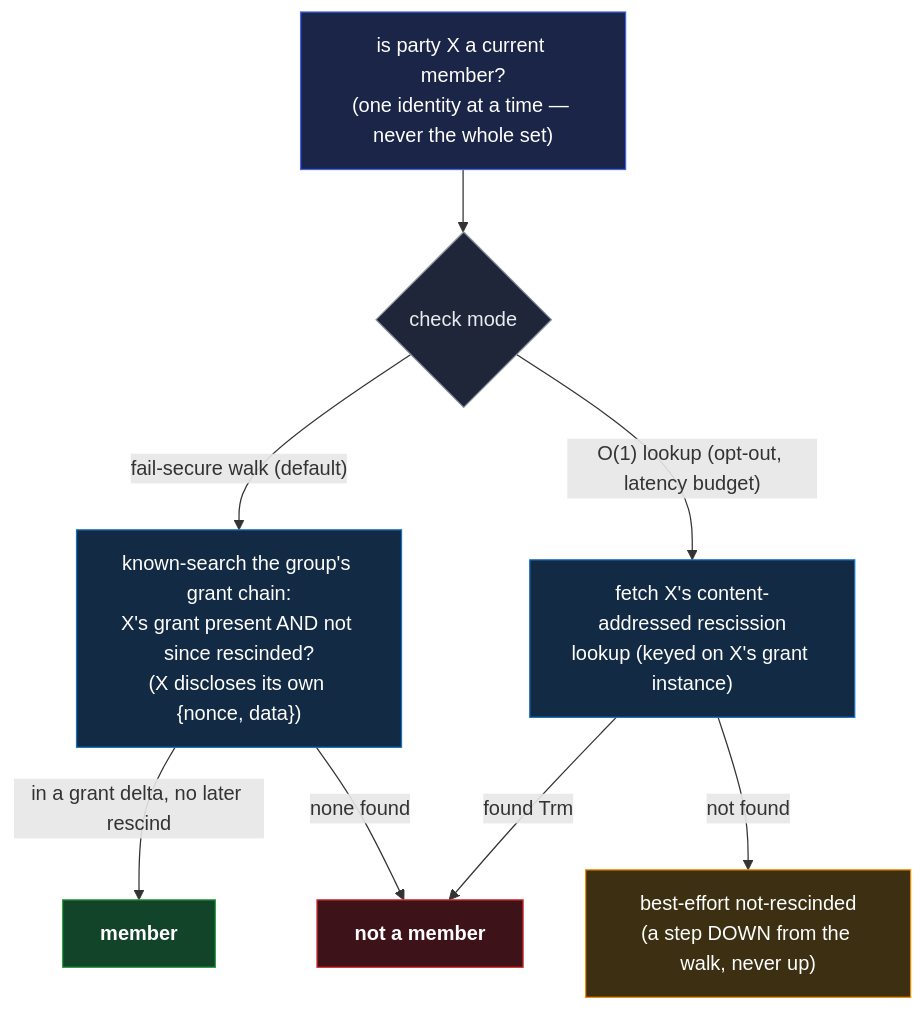
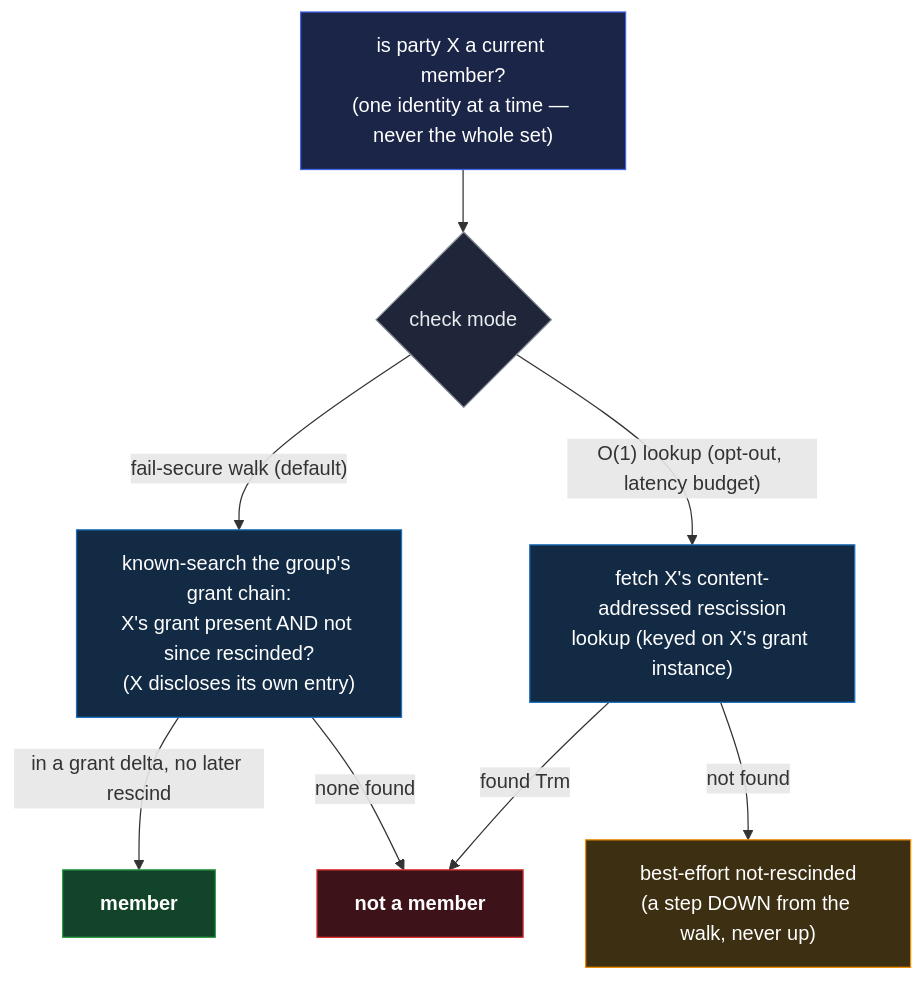
One commit to jasoncolburne/vdti changed the diagram in docs/design/primitives/protocols/membership.md. Above: the diagram before and after it, drawn with Mermaid. The commit also changed other lines of this file and 67 other files, not shown here.

````diff
--- a/docs/design/primitives/protocols/membership.md
+++ b/docs/design/primitives/protocols/membership.md
@@ -69,17 +76,17 @@
 ```mermaid
 flowchart TD
   q["is party X a current member?<br/>(one identity at a time — never the whole set)"]:::start
   q --> mode{"check mode"}:::q
-  mode -->|"fail-secure walk (default)"| walk["known-search the group's grant chain:<br/>X's grant present AND not since rescinded?<br/>(X discloses its own {nonce, data})"]:::log
+  mode -->|"fail-secure walk (default)"| walk["known-search the group's grant chain:<br/>X's grant present AND not since rescinded?<br/>(X discloses its own entry)"]:::log
   mode -->|"O(1) lookup (opt-out, latency budget)"| look["fetch X's content-addressed rescission<br/>lookup (keyed on X's grant instance)"]:::log
   walk -->|"in a grant delta, no later rescind"| yes["<b>member</b>"]:::good
   walk -->|"none found"| no["<b>not a member</b>"]:::bad
   look -->|"found Trm"| no
   look -->|"not found"| best["best-effort not-rescinded<br/>(a step DOWN from the walk, never up)"]:::mid
   classDef start fill:#1a2547,stroke:#4263eb,color:#fff
   classDef q fill:#20263a,stroke:#868e96,color:#e9ecef
   classDef log fill:#122a44,stroke:#1971c2,color:#fff
   classDef good fill:#12442a,stroke:#2f9e44,color:#fff
   classDef bad fill:#3d1218,stroke:#e03131,color:#fff
   classDef mid fill:#3d2f12,stroke:#f08c00,color:#fff
 ```
````
